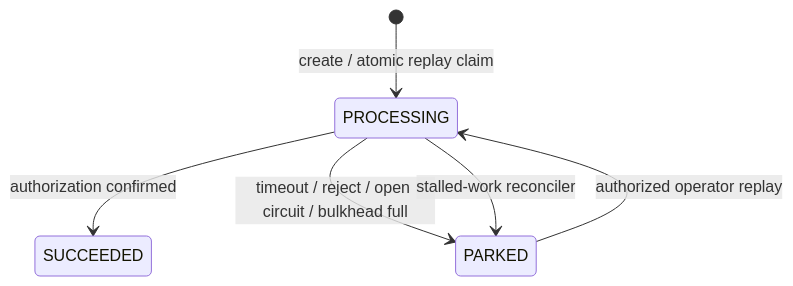
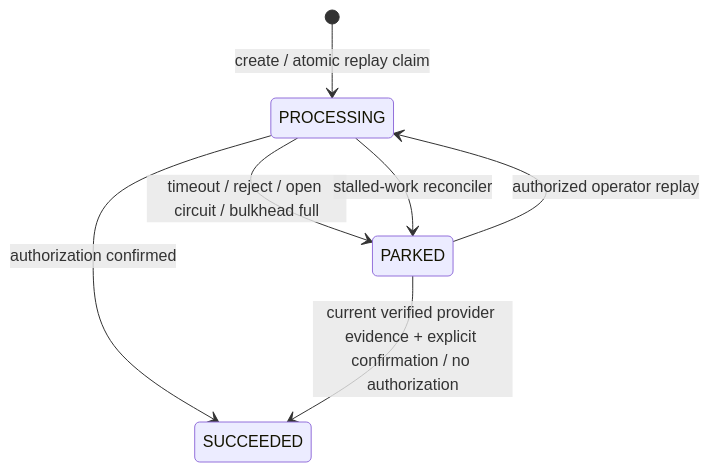
The diagram in docs/ARCHITECTURE.md (vietdungnguyen2005/Project3), drawn with Mermaid before and after one commit. The commit also changed other lines of this file and 46 other files, not shown here.

Commit message:
feat: add safe simulated provider reconciliation and incident evidence

````diff
--- a/docs/ARCHITECTURE.md
+++ b/docs/ARCHITECTURE.md
@@ -39,8 +39,9 @@
 ```mermaid
 stateDiagram-v2
   [*] --> PROCESSING: create / atomic replay claim
   PROCESSING --> SUCCEEDED: authorization confirmed
   PROCESSING --> PARKED: timeout / reject / open circuit / bulkhead full
   PROCESSING --> PARKED: stalled-work reconciler
   PARKED --> PROCESSING: authorized operator replay
+  PARKED --> SUCCEEDED: current verified provider evidence + explicit confirmation / no authorization
 ```
````
